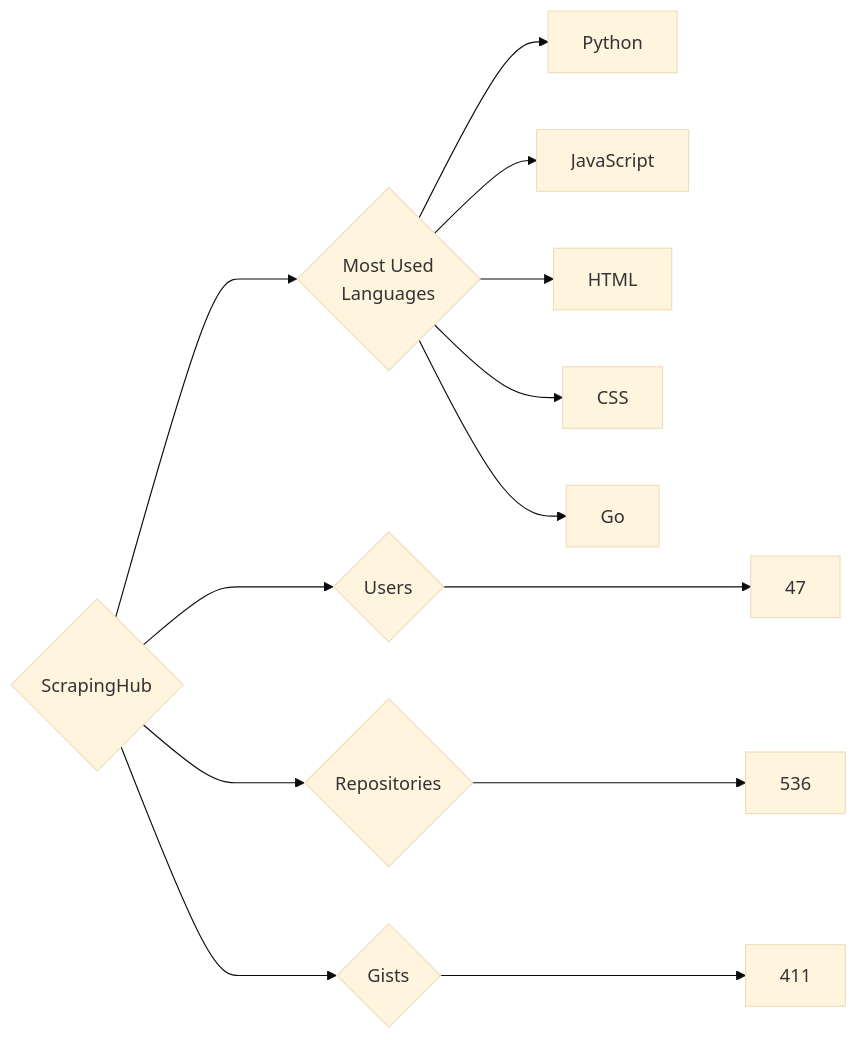
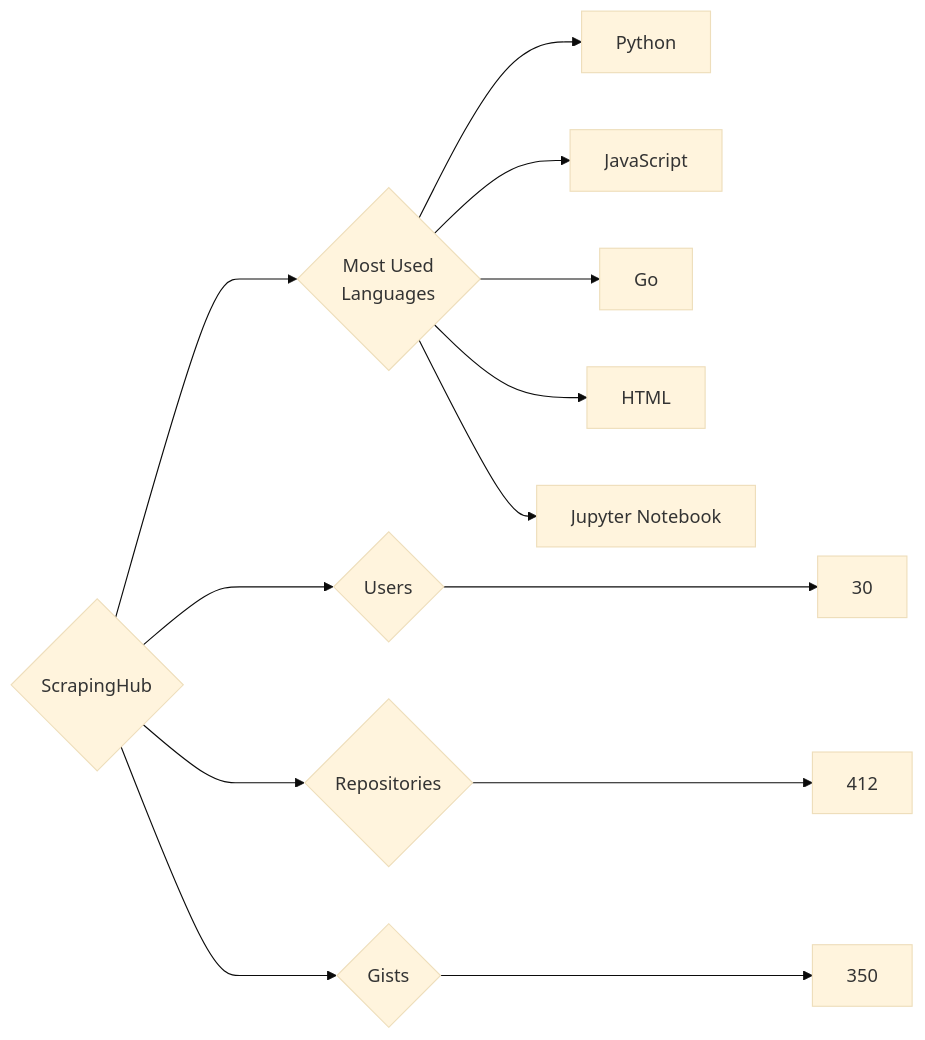
Before and after one commit to trickest/insiders: the diagram in targets/ScrapingHub/README.md, drawn with Mermaid (base theme). The commit also changed 799 other files, not shown here.

````diff
--- a/targets/ScrapingHub/README.md
+++ b/targets/ScrapingHub/README.md
@@ -3,13 +3,13 @@
 ```mermaid
 graph LR
 COMPANY_NAME{ScrapingHub}
-COMPANY_NAME ---> U{Users} ---> UN[47]
-COMPANY_NAME ---> R{Repositories} ---> RN[536]
-COMPANY_NAME ---> G{Gists} ---> GN[411]
+COMPANY_NAME ---> U{Users} ---> UN[30]
+COMPANY_NAME ---> R{Repositories} ---> RN[412]
+COMPANY_NAME ---> G{Gists} ---> GN[350]
 COMPANY_NAME ---> ML{Most Used<br>Languages}
 ML --> Python[Python]
 ML --> JavaScript[JavaScript]
+ML --> Go[Go]
 ML --> HTML[HTML]
-ML --> CSS[CSS]
-ML --> Go[Go]
+ML --> Jupyter_Notebook[Jupyter Notebook]
 ```
````
